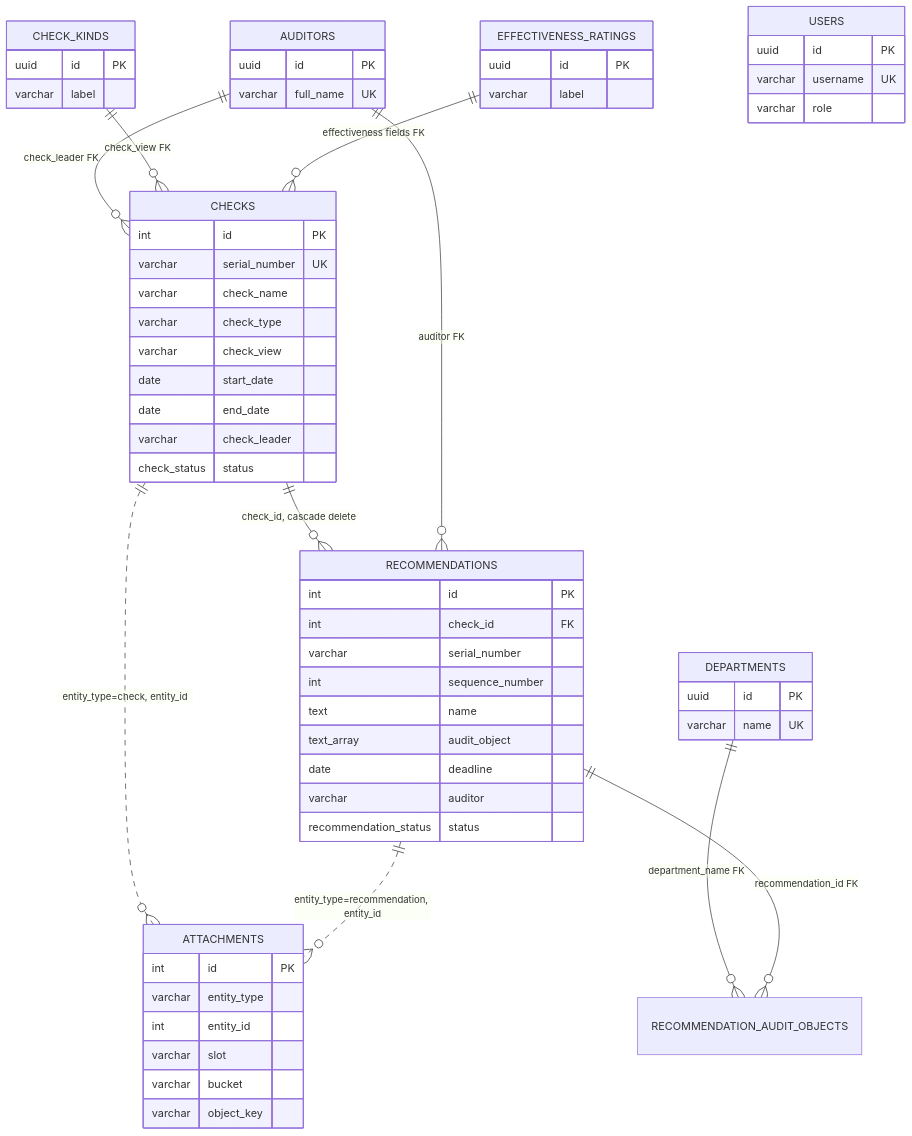
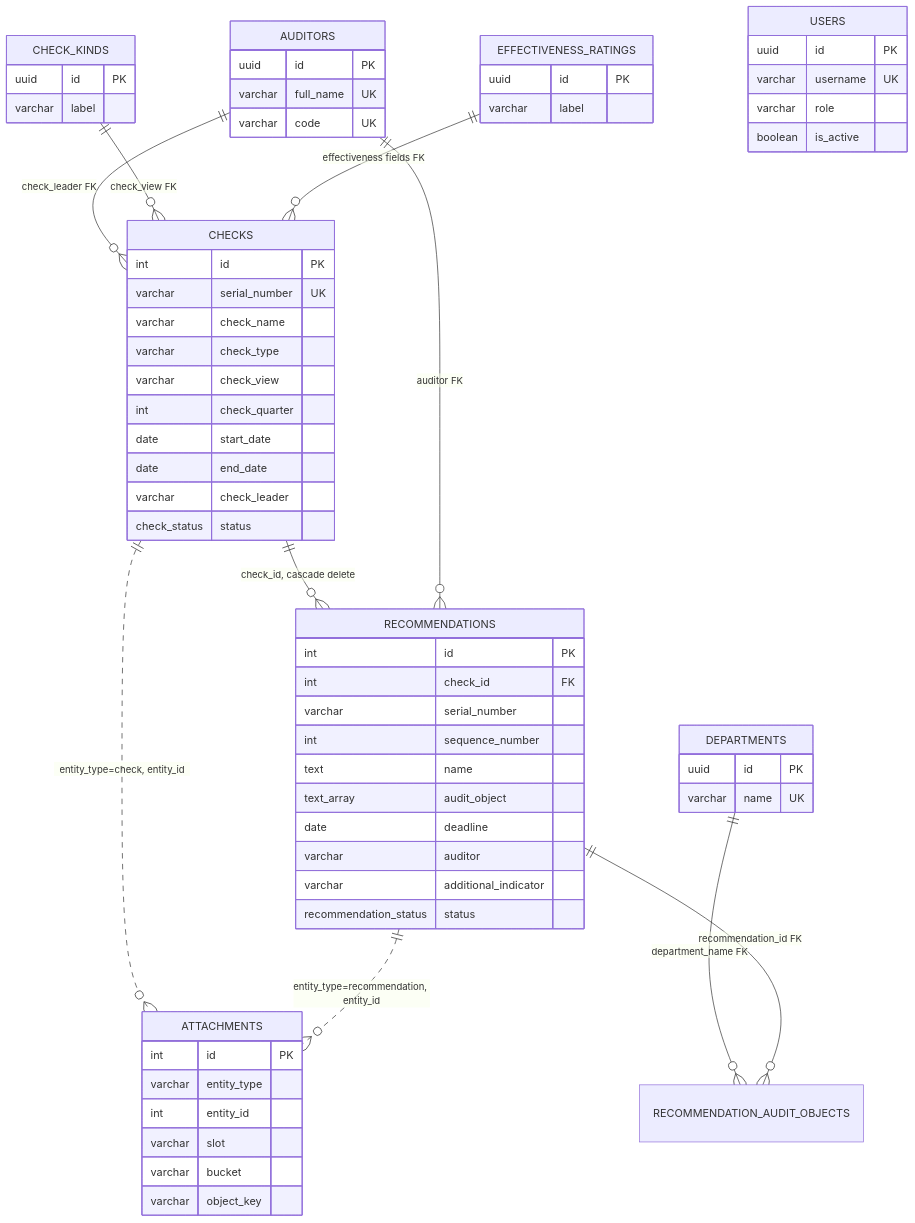
The first of 7 diagrams in sokol-backend/docs/DATABASE_SCHEMA.md (sweetd0vee/sokol), drawn with Mermaid before and after one commit. The commit also changed other lines of this file and 25 other files, not shown here.

````diff
--- a/sokol-backend/docs/DATABASE_SCHEMA.md
+++ b/sokol-backend/docs/DATABASE_SCHEMA.md
@@ -23,72 +23,76 @@
 ```mermaid
 erDiagram
     CHECKS ||--o{ RECOMMENDATIONS : "check_id, cascade delete"
     CHECKS ||..o{ ATTACHMENTS : "entity_type=check, entity_id"
     RECOMMENDATIONS ||..o{ ATTACHMENTS : "entity_type=recommendation, entity_id"
 
     AUDITORS ||--o{ CHECKS : "check_leader FK"
     AUDITORS ||--o{ RECOMMENDATIONS : "auditor FK"
     CHECK_KINDS ||--o{ CHECKS : "check_view FK"
     DEPARTMENTS ||--o{ RECOMMENDATION_AUDIT_OBJECTS : "department_name FK"
     RECOMMENDATIONS ||--o{ RECOMMENDATION_AUDIT_OBJECTS : "recommendation_id FK"
     EFFECTIVENESS_RATINGS ||--o{ CHECKS : "effectiveness fields FK"
 
     CHECKS {
         int id PK
         varchar serial_number UK
         varchar check_name
         varchar check_type
         varchar check_view
+        int check_quarter
         date start_date
         date end_date
         varchar check_leader
         check_status status
     }
 
     RECOMMENDATIONS {
         int id PK
         int check_id FK
         varchar serial_number
         int sequence_number
         text name
         text_array audit_object
         date deadline
         varchar auditor
+        varchar additional_indicator
         recommendation_status status
     }
 
     ATTACHMENTS {
         int id PK
         varchar entity_type
         int entity_id
         varchar slot
         varchar bucket
         varchar object_key
     }
 
     AUDITORS {
         uuid id PK
         varchar full_name UK
+        varchar code UK
     }
 
     DEPARTMENTS {
         uuid id PK
         varchar name UK
     }
 
     CHECK_KINDS {
         uuid id PK
         varchar label
     }
 
     EFFECTIVENESS_RATINGS {
         uuid id PK
         varchar label
     }
 
     USERS {
         uuid id PK
         varchar username UK
         varchar role
+        boolean is_active
     }
 ```
````
